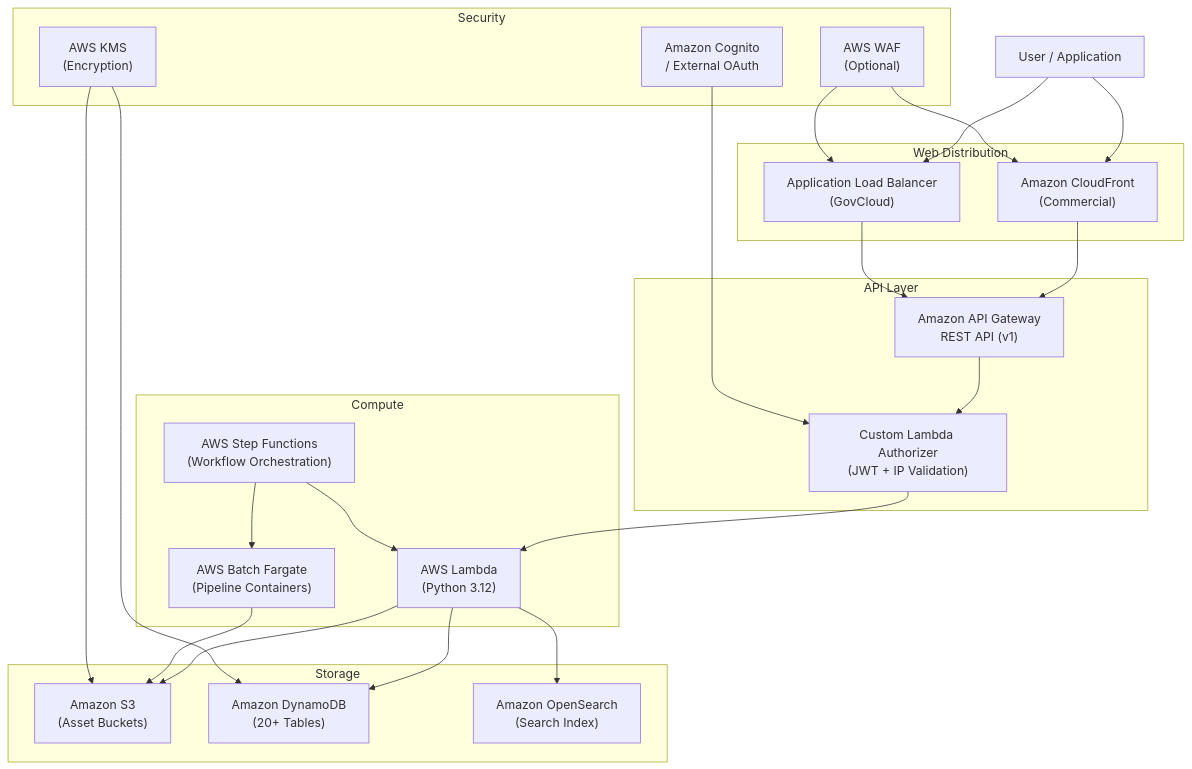
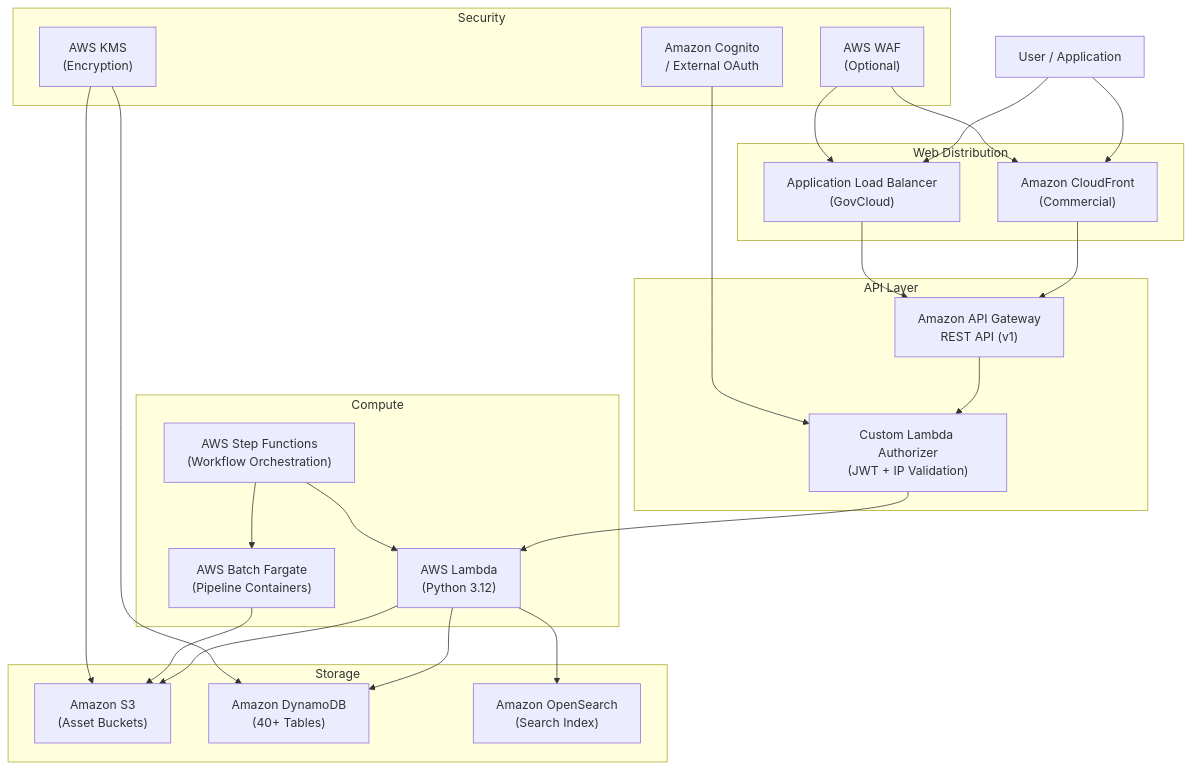
The diagram in documentation/docusaurus-site/docs/overview/solution-overview.md (awslabs/visual-asset-management-system), drawn with Mermaid before and after one commit. The commit also changed 19 other files, not shown here.

````diff
--- a/documentation/docusaurus-site/docs/overview/solution-overview.md
+++ b/documentation/docusaurus-site/docs/overview/solution-overview.md
@@ -102,50 +102,50 @@
 ```mermaid
 graph TB
     User["User / Application"]
 
     subgraph "Web Distribution"
         CF["Amazon CloudFront<br/>(Commercial)"]
         ALB["Application Load Balancer<br/>(GovCloud)"]
     end
 
     subgraph "API Layer"
         APIGW["Amazon API Gateway<br/>REST API (v1)"]
         AUTH["Custom Lambda Authorizer<br/>(JWT + IP Validation)"]
     end
 
     subgraph "Compute"
         LAMBDA["AWS Lambda<br/>(Python 3.12)"]
         BATCH["AWS Batch Fargate<br/>(Pipeline Containers)"]
         SF["AWS Step Functions<br/>(Workflow Orchestration)"]
     end
 
     subgraph "Storage"
         S3["Amazon S3<br/>(Asset Buckets)"]
-        DDB["Amazon DynamoDB<br/>(20+ Tables)"]
+        DDB["Amazon DynamoDB<br/>(40+ Tables)"]
         OS["Amazon OpenSearch<br/>(Search Index)"]
     end
 
     subgraph "Security"
         COG["Amazon Cognito<br/>/ External OAuth"]
         KMS["AWS KMS<br/>(Encryption)"]
         WAF["AWS WAF<br/>(Optional)"]
     end
 
     User --> CF
     User --> ALB
     CF --> APIGW
     ALB --> APIGW
     APIGW --> AUTH
     AUTH --> LAMBDA
     LAMBDA --> DDB
     LAMBDA --> S3
     LAMBDA --> OS
     SF --> LAMBDA
     SF --> BATCH
     BATCH --> S3
     COG --> AUTH
     KMS --> S3
     KMS --> DDB
     WAF --> CF
     WAF --> ALB
 ```
````
